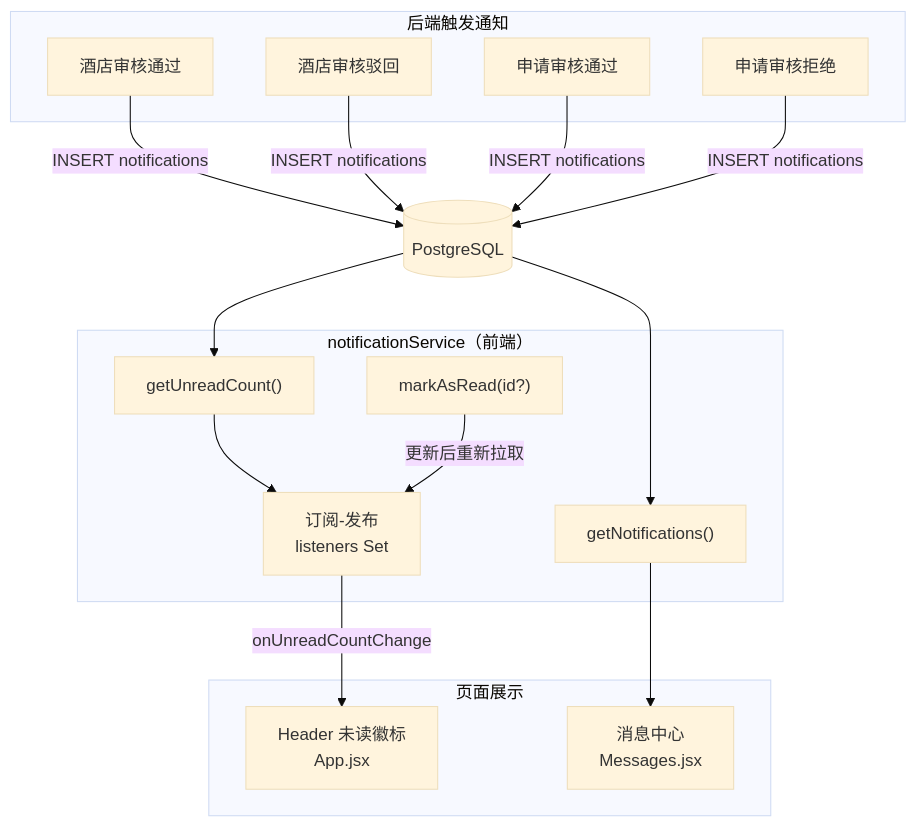
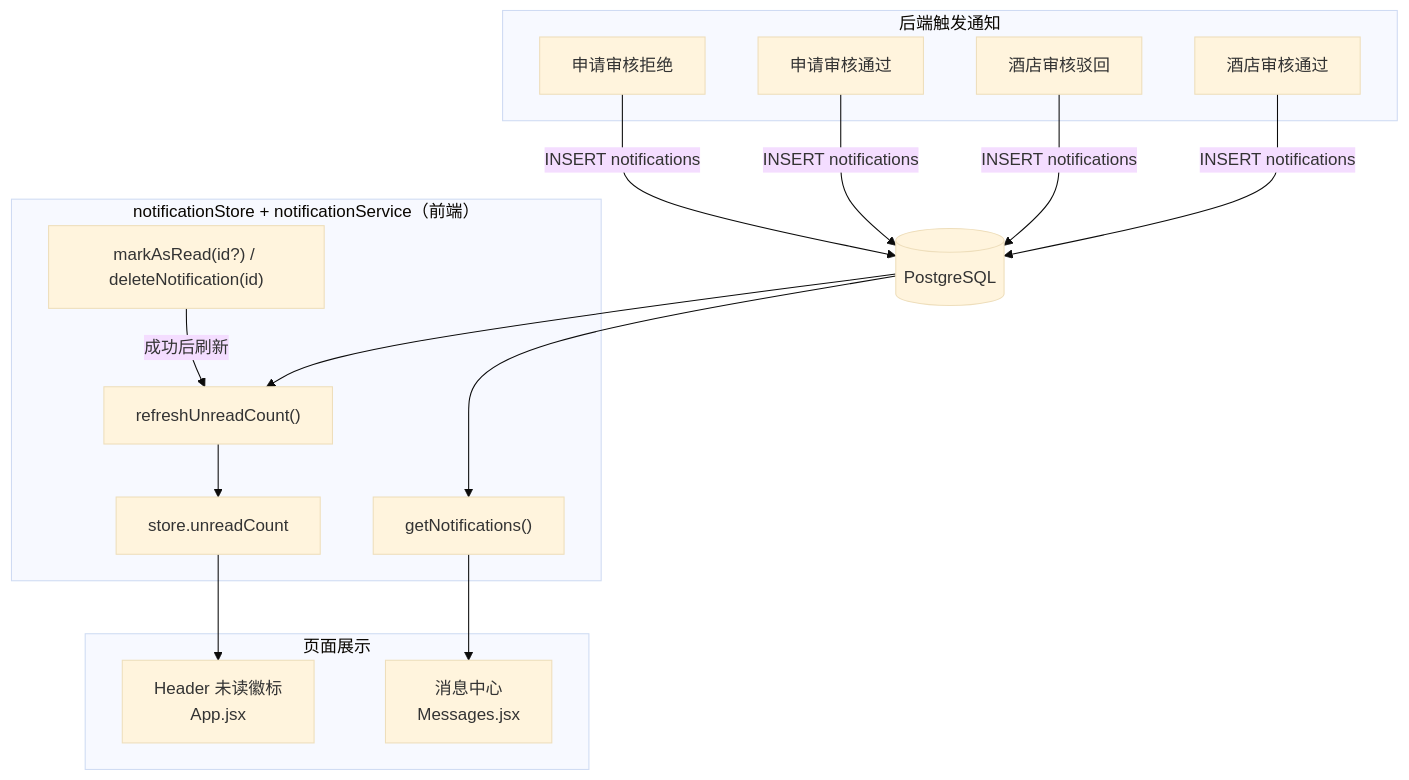
One commit to chendingya/EaseStay changed the ninth of 14 diagrams in docs/admin/admin-dataflow.md. Above: the diagram before and after it, drawn with Mermaid (base theme). The commit also changed other lines of this file and 4 other files, not shown here.

````diff
--- a/docs/admin/admin-dataflow.md
+++ b/docs/admin/admin-dataflow.md
@@ -317,33 +317,33 @@
 ```mermaid
 graph TB
     subgraph 消息来源["后端触发通知"]
         HotelApprove["酒店审核通过"]
         HotelReject["酒店审核驳回"]
         RequestApprove["申请审核通过"]
         RequestReject["申请审核拒绝"]
     end
 
-    subgraph NotificationService["notificationService（前端）"]
+    subgraph NotificationService["notificationStore + notificationService（前端）"]
         GetNotifs["getNotifications()"]
-        GetUnread["getUnreadCount()"]
-        MarkRead["markAsRead(id?)"]
-        PubSub["订阅-发布<br/>listeners Set"]
+        RefreshUnread["refreshUnreadCount()"]
+        MarkRead["markAsRead(id?) / deleteNotification(id)"]
+        UnreadState["store.unreadCount"]
     end
 
     subgraph UI["页面展示"]
         Badge["Header 未读徽标<br/>App.jsx"]
         MsgPage["消息中心<br/>Messages.jsx"]
     end
 
     HotelApprove -->|INSERT notifications| DB[(PostgreSQL)]
     HotelReject -->|INSERT notifications| DB
     RequestApprove -->|INSERT notifications| DB
     RequestReject -->|INSERT notifications| DB
 
     DB --> GetNotifs
-    DB --> GetUnread
-    GetUnread --> PubSub
-    PubSub -->|onUnreadCountChange| Badge
+    DB --> RefreshUnread
+    RefreshUnread --> UnreadState
+    UnreadState --> Badge
     GetNotifs --> MsgPage
-    MarkRead -->|更新后重新拉取| PubSub
+    MarkRead -->|成功后刷新| RefreshUnread
 ```
````
